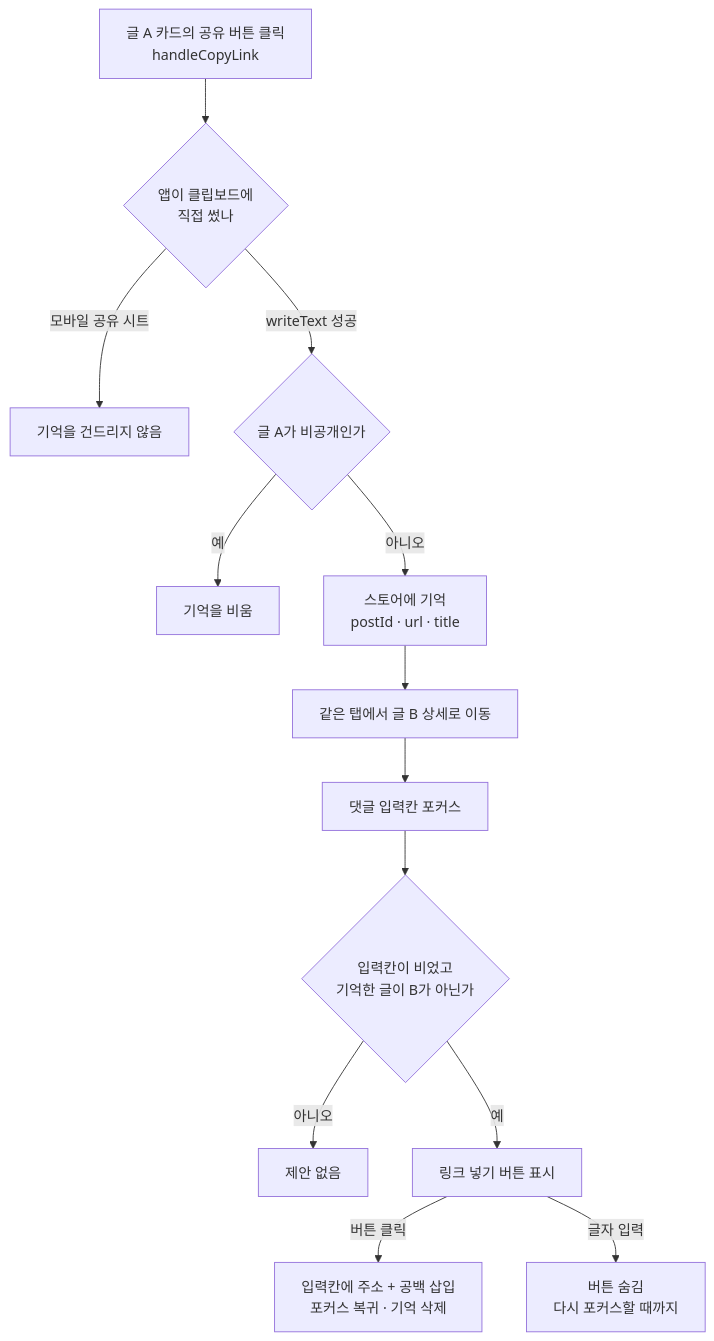
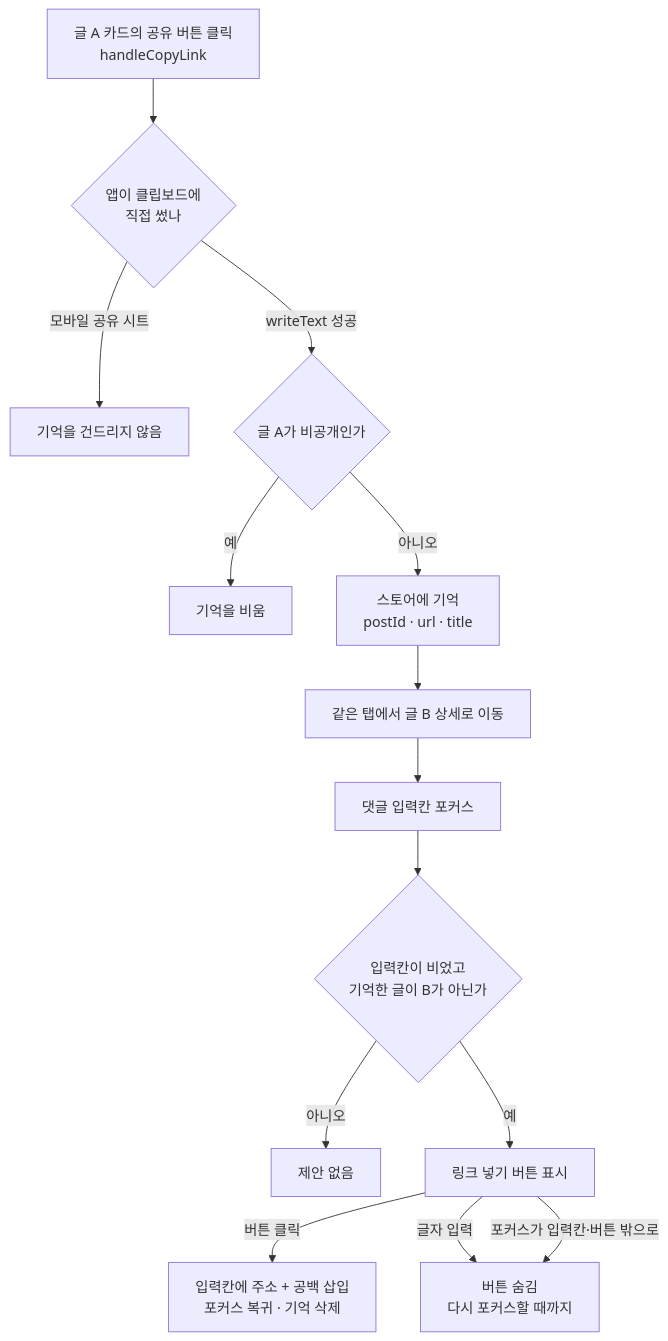
Before and after one commit to BAECHAN/link-sphere_FE_NEW: the fourth of 4 diagrams in docs/COMMENT.md, drawn with Mermaid. The commit also changed other lines of this file and 8 other files, not shown here.

First line of the commit message:
feat(comment): 링크 넣기 버튼을 포커스가 입력칸 밖으로 나가면 내림 (#663)

````diff
--- a/docs/COMMENT.md
+++ b/docs/COMMENT.md
@@ -703,15 +703,16 @@
 ```mermaid
 flowchart TD
     A["글 A 카드의 공유 버튼 클릭<br/>handleCopyLink"] --> B{"앱이 클립보드에<br/>직접 썼나"}
     B -- "모바일 공유 시트" --> X["기억을 건드리지 않음"]
     B -- "writeText 성공" --> P{"글 A가 비공개인가"}
     P -- "예" --> Q["기억을 비움"]
     P -- "아니오" --> C["스토어에 기억<br/>postId · url · title"]
     C --> D["같은 탭에서 글 B 상세로 이동"]
     D --> E["댓글 입력칸 포커스"]
     E --> F{"입력칸이 비었고<br/>기억한 글이 B가 아닌가"}
     F -- "아니오" --> Y["제안 없음"]
     F -- "예" --> G["링크 넣기 버튼 표시"]
     G -- "버튼 클릭" --> H["입력칸에 주소 + 공백 삽입<br/>포커스 복귀 · 기억 삭제"]
     G -- "글자 입력" --> I["버튼 숨김<br/>다시 포커스할 때까지"]
+    G -- "포커스가 입력칸·버튼 밖으로" --> I
 ```
````
